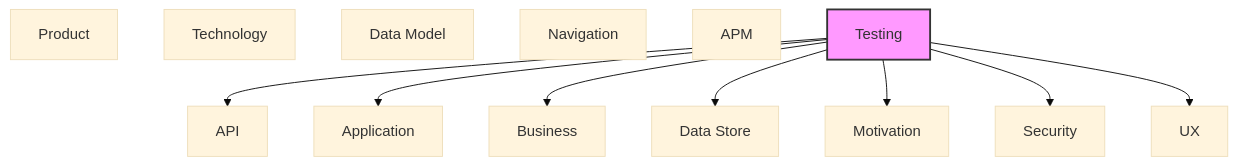
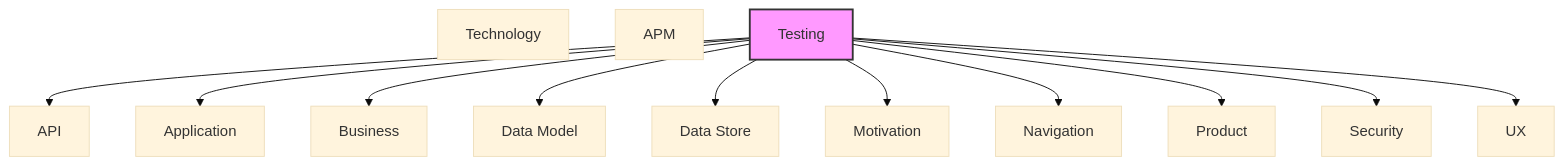
The diagram in documentation-robotics/reports/13-testing-layer-report.md (tinkermonkey/context-studio), drawn with Mermaid (base theme) before and after one commit. The commit also changed other lines of this file and 38 other files, not shown here.

````diff
--- a/documentation-robotics/reports/13-testing-layer-report.md
+++ b/documentation-robotics/reports/13-testing-layer-report.md
@@ -78,25 +95,28 @@
 ```mermaid
 flowchart TB
   classDef current fill:#f9f,stroke:#333,stroke-width:2px
   motivation["Motivation"]
   business["Business"]
   product["Product"]
   security["Security"]
   application["Application"]
   technology["Technology"]
   api["API"]
   data_model["Data Model"]
   data_store["Data Store"]
   ux["UX"]
   navigation["Navigation"]
   apm["APM"]
   testing["Testing"]
   testing --> api
   testing --> application
   testing --> business
+  testing --> data_model
   testing --> data_store
   testing --> motivation
+  testing --> navigation
+  testing --> product
   testing --> security
   testing --> ux
   class testing current
 ```
````
